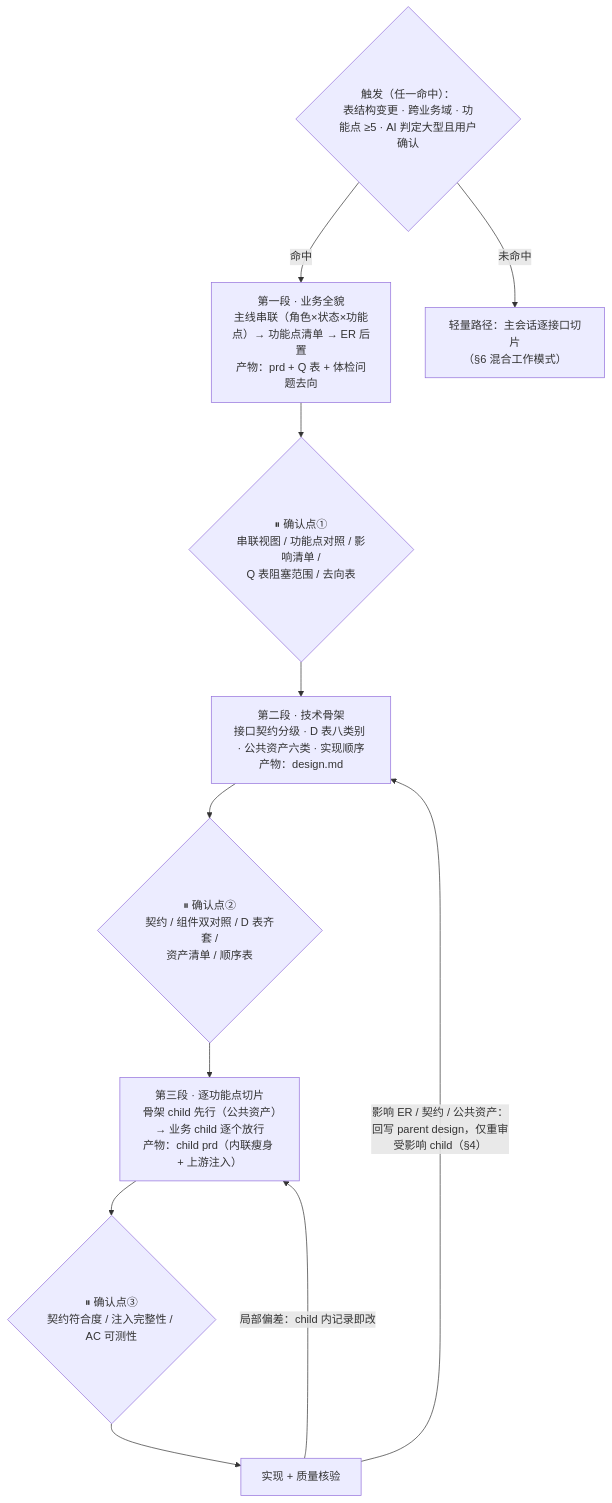
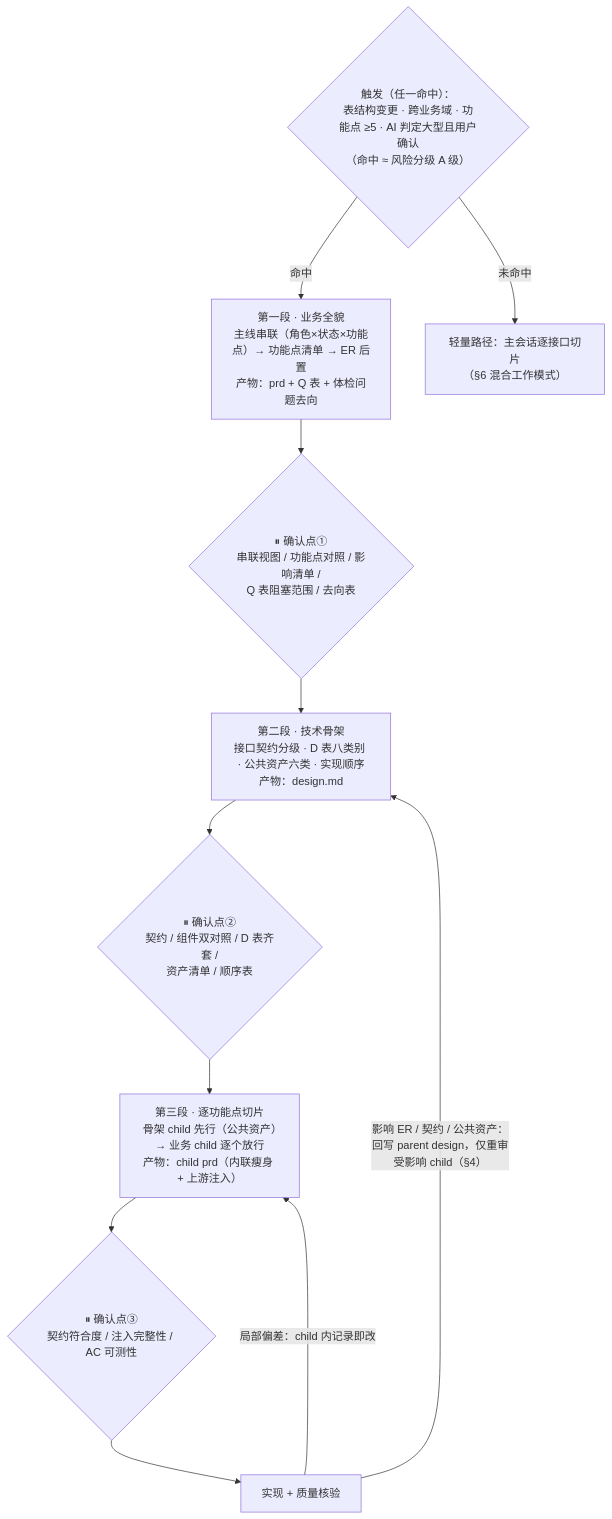
The diagram in docs/large-req-playbook.md (TsCarpe/claude-sdlc-skills), drawn with Mermaid before and after one commit. The commit also changed other lines of this file and 38 other files, not shown here.

````diff
--- a/docs/large-req-playbook.md
+++ b/docs/large-req-playbook.md
@@ -15,17 +15,17 @@
 ```mermaid
 flowchart TB
-    T{"触发（任一命中）：<br/>表结构变更 · 跨业务域 · 功能点 ≥5 · AI 判定大型且用户确认"}
+    T{"触发（任一命中）：<br/>表结构变更 · 跨业务域 · 功能点 ≥5 · AI 判定大型且用户确认<br/>（命中 ≈ 风险分级 A 级）"}
     T -->|命中| S1
     T -->|未命中| L["轻量路径：主会话逐接口切片<br/>（§6 混合工作模式）"]
 
     S1["第一段 · 业务全貌<br/>主线串联（角色×状态×功能点）→ 功能点清单 → ER 后置<br/>产物：prd + Q 表 + 体检问题去向"]
     S1 --> C1{"⏸ 确认点①<br/>串联视图 / 功能点对照 / 影响清单 /<br/>Q 表阻塞范围 / 去向表"}
     C1 --> S2["第二段 · 技术骨架<br/>接口契约分级 · D 表八类别 · 公共资产六类 · 实现顺序<br/>产物：design.md"]
     S2 --> C2{"⏸ 确认点②<br/>契约 / 组件双对照 / D 表齐套 /<br/>资产清单 / 顺序表"}
     C2 --> S3["第三段 · 逐功能点切片<br/>骨架 child 先行（公共资产）→ 业务 child 逐个放行<br/>产物：child prd（内联瘦身 + 上游注入）"]
     S3 --> C3{"⏸ 确认点③<br/>契约符合度 / 注入完整性 / AC 可测性"}
     C3 --> DEV["实现 + 质量核验"]
 
     DEV -->|"局部偏差：child 内记录即改"| S3
     DEV -->|"影响 ER / 契约 / 公共资产：<br/>回写 parent design，仅重审受影响 child（§4）"| S2
 ```
````
